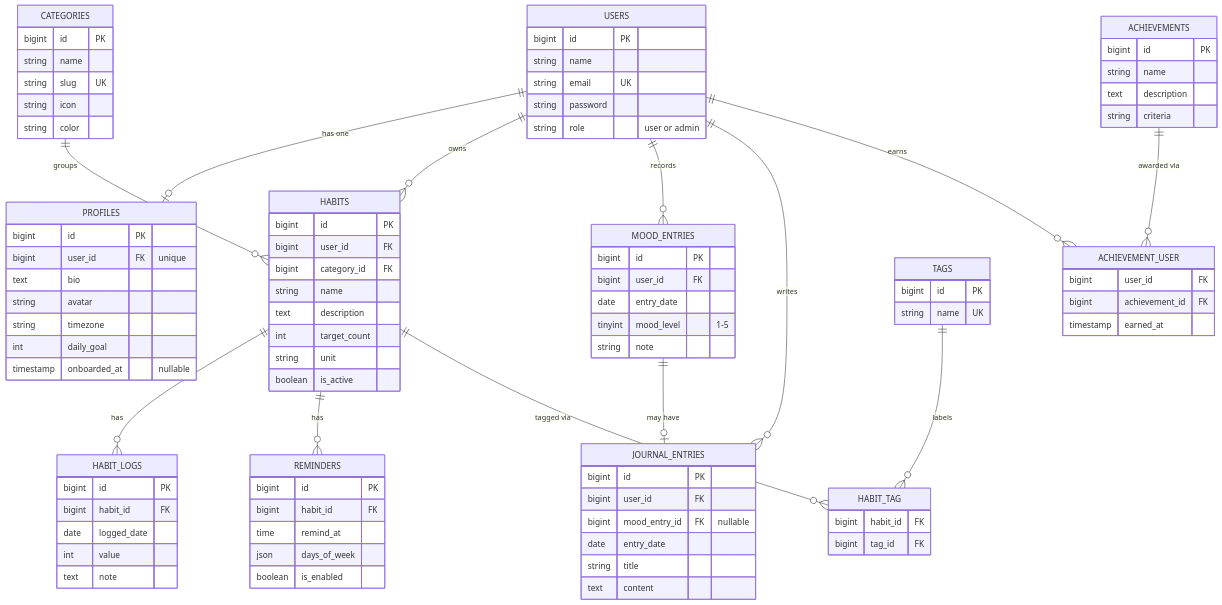
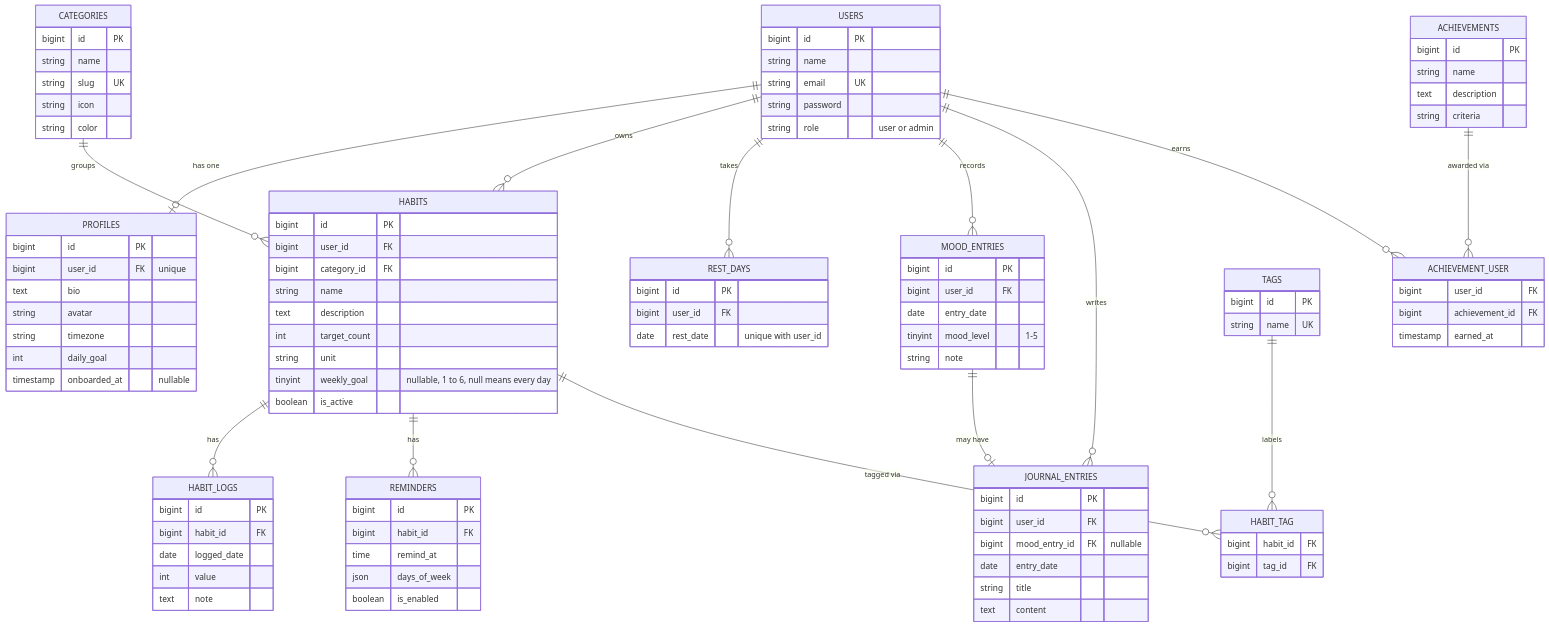
The diagram in docs/database/erd.md (dzakwannajmi/habitude), drawn with Mermaid before and after one commit. The commit also changed other lines of this file and 25 other files, not shown here.

First line of the commit message:
P10: Weekly goals, rest days and a shorter mood history

```diff
--- a/docs/database/erd.md
+++ b/docs/database/erd.md
@@ -8,6 +8,7 @@
 erDiagram
     USERS ||--o| PROFILES : "has one"
     USERS ||--o{ HABITS : "owns"
+    USERS ||--o{ REST_DAYS : "takes"
     USERS ||--o{ MOOD_ENTRIES : "records"
     USERS ||--o{ JOURNAL_ENTRIES : "writes"
     USERS ||--o{ ACHIEVEMENT_USER : "earns"
@@ -52,7 +53,13 @@
         text description
         int target_count
         string unit
+        tinyint weekly_goal "nullable, 1 to 6, null means every day"
         boolean is_active
+    }
+    REST_DAYS {
+        bigint id PK
+        bigint user_id FK
+        date rest_date "unique with user_id"
     }
     HABIT_LOGS {
         bigint id PK
```
